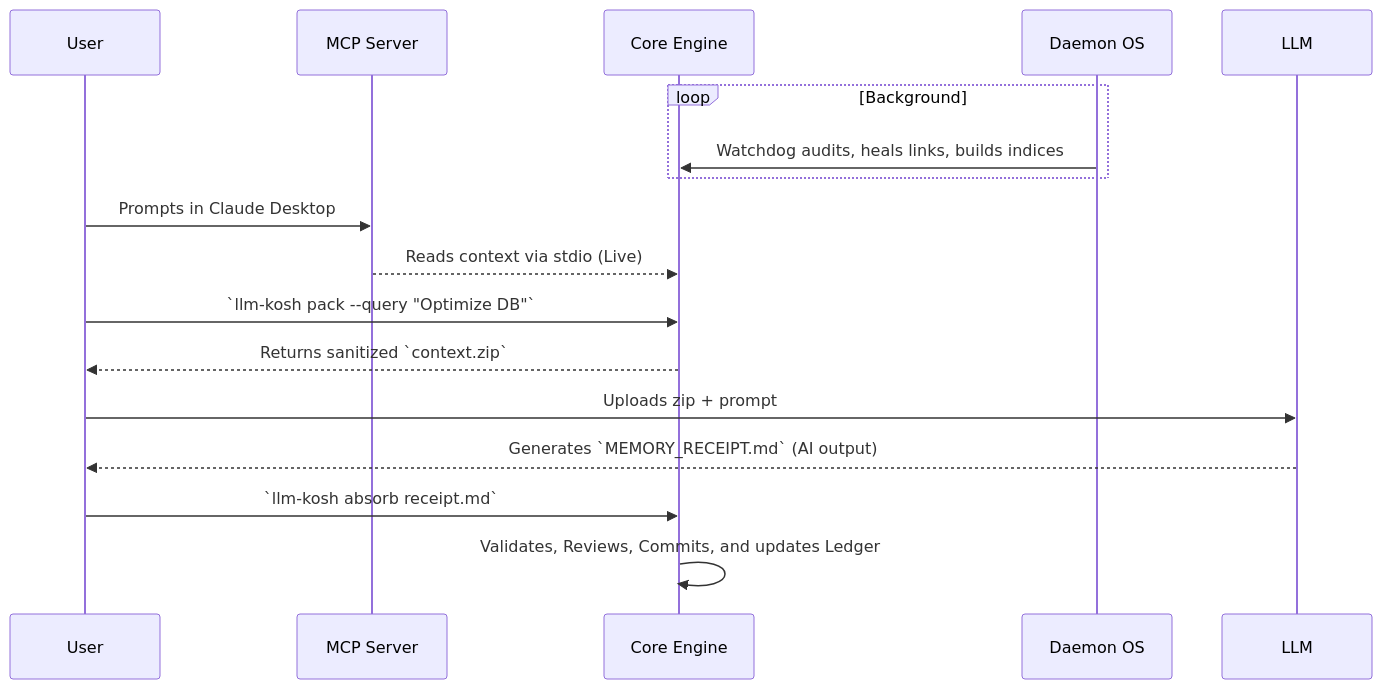
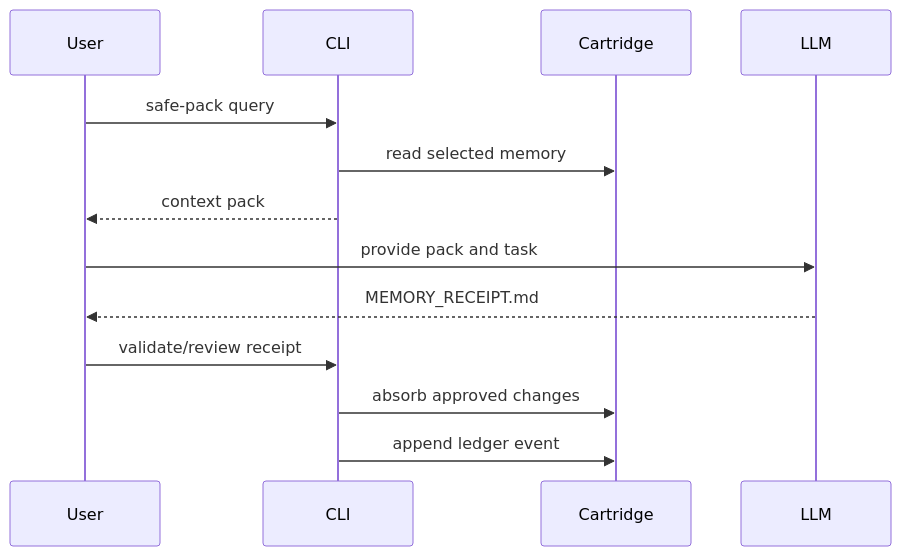
The second of 2 diagrams in docs/ARCHITECTURE.md (rastogivaibhav/llm-kosh), drawn with Mermaid before and after one commit. The commit also changed other lines of this file and 10 other files, not shown here.

Commit message:
Add developer docs and sanitize public architecture

````diff
--- a/docs/ARCHITECTURE.md
+++ b/docs/ARCHITECTURE.md
@@ -34,27 +87,16 @@
 ```mermaid
 sequenceDiagram
     participant User
-    participant IDE as MCP Server
-    participant Cartridge as Core Engine
-    participant Daemon as Daemon OS
+    participant CLI
+    participant Cartridge
     participant LLM
-    
-    %% Background Loop
-    loop Background
-        Daemon->>Cartridge: Watchdog audits, heals links, builds indices
-    end
 
-    %% Live IDE Loop
-    User->>IDE: Prompts in Claude Desktop
-    IDE-->>Cartridge: Reads context via stdio (Live)
-    
-    %% Pack Phase
-    User->>Cartridge: `llm-kosh pack --query "Optimize DB"`
-    Cartridge-->>User: Returns sanitized `context.zip`
-    User->>LLM: Uploads zip + prompt
-    
-    %% Absorb Phase
-    LLM-->>User: Generates `MEMORY_RECEIPT.md` (AI output)
-    User->>Cartridge: `llm-kosh absorb receipt.md`
-    Cartridge->>Cartridge: Validates, Reviews, Commits, and updates Ledger
+    User->>CLI: safe-pack query
+    CLI->>Cartridge: read selected memory
+    CLI-->>User: context pack
+    User->>LLM: provide pack and task
+    LLM-->>User: MEMORY_RECEIPT.md
+    User->>CLI: validate/review receipt
+    CLI->>Cartridge: absorb approved changes
+    CLI->>Cartridge: append ledger event
 ```
````
